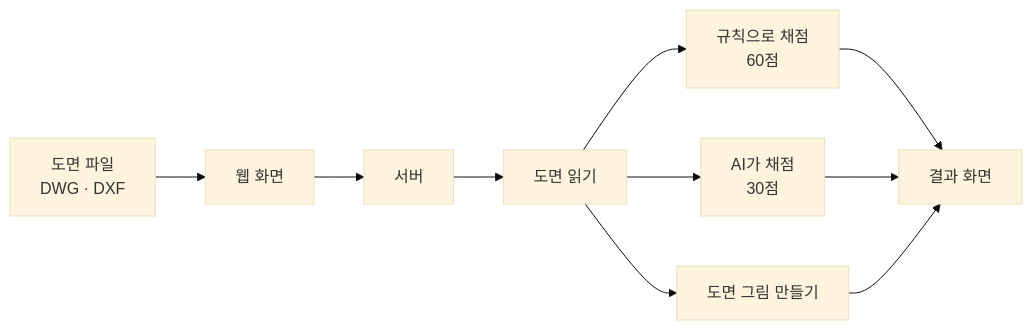
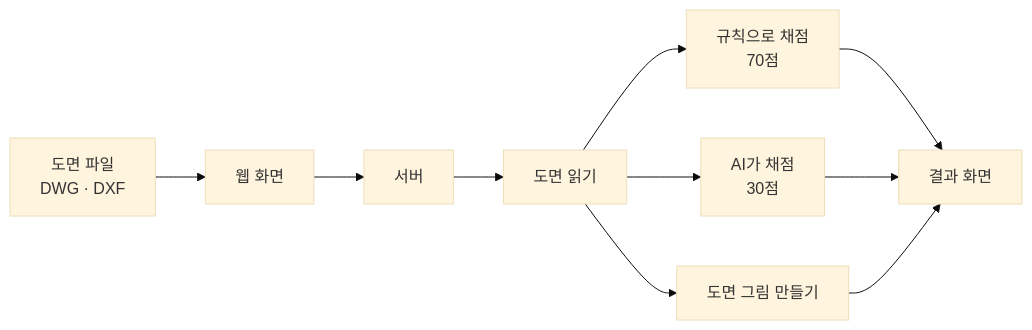
The diagram in README.md (ritual1127/naverogq), drawn with Mermaid (base theme) before and after one commit. The commit also changed other lines of this file and 1 other file, not shown here.

````diff
--- a/README.md
+++ b/README.md
@@ -38,12 +38,12 @@
 ```mermaid
 flowchart LR
     A["도면 파일<br/>DWG · DXF"] --> B["웹 화면"]
     B --> C["서버"]
     C --> D["도면 읽기"]
-    D --> E["규칙으로 채점<br/>60점"]
+    D --> E["규칙으로 채점<br/>70점"]
     D --> F["AI가 채점<br/>30점"]
     D --> G["도면 그림 만들기"]
     E --> H["결과 화면"]
     F --> H
     G --> H
 ```
````
